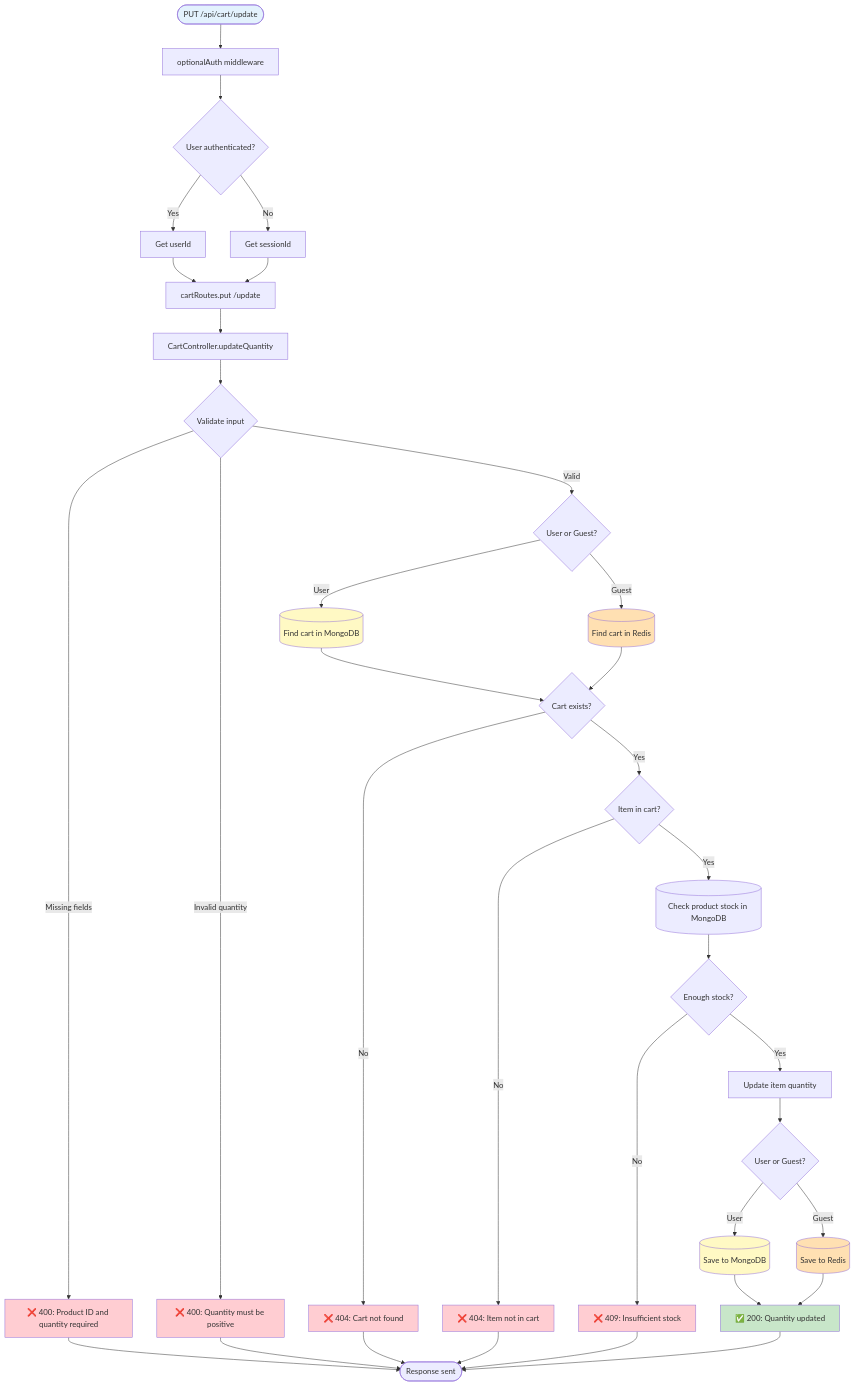
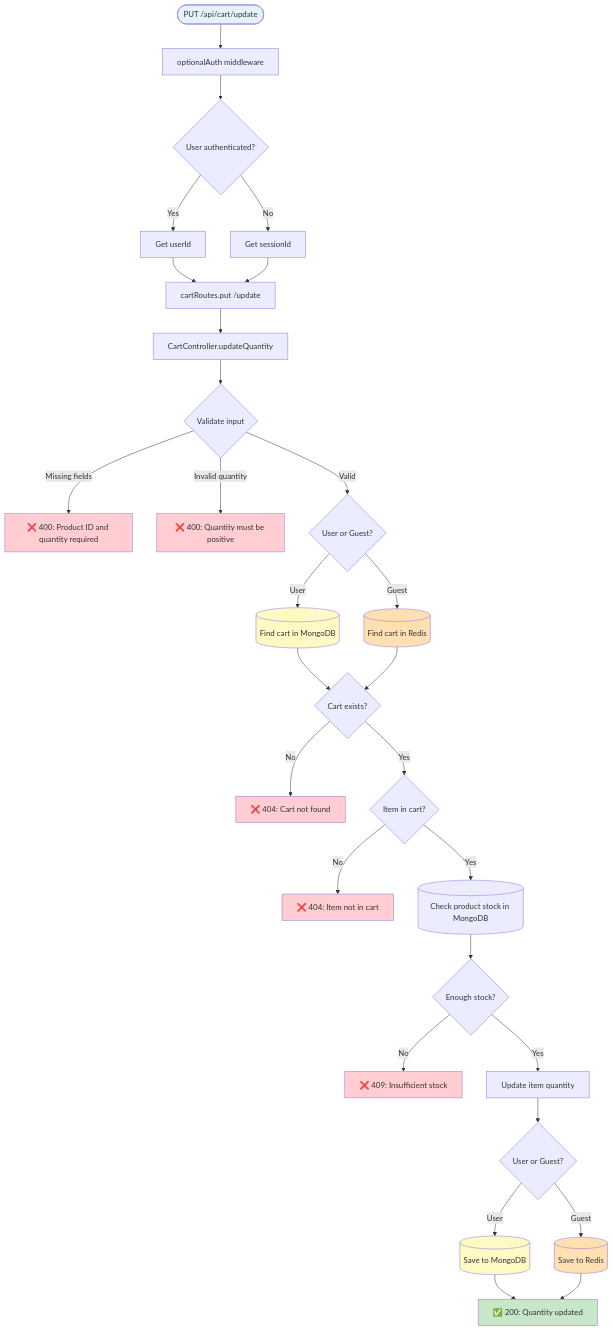
Diagram 12 of 26 in docs/SERVER_ENDPOINTS_MAP.md (shmuelkapiloff/simple-), drawn with Mermaid before and after one commit. The commit also changed other lines of this file, not shown here.

Commit message:
fix: Remove End nodes from flowcharts to fix GitHub Mermaid rendering

````diff
--- a/docs/SERVER_ENDPOINTS_MAP.md
+++ b/docs/SERVER_ENDPOINTS_MAP.md
@@ -673,59 +631,53 @@
 ```mermaid
 flowchart TD
     Request([PUT /api/cart/update]) --> OptionalAuth[optionalAuth middleware]
     OptionalAuth --> CheckAuth{User authenticated?}
     
     CheckAuth -->|Yes| GetUserId[Get userId]
     CheckAuth -->|No| GetSessionId[Get sessionId]
     
     GetUserId --> RouteHandler[cartRoutes.put /update]
     GetSessionId --> RouteHandler
     
     RouteHandler --> Controller[CartController.updateQuantity]
     Controller --> ValidateInput{Validate input}
     ValidateInput -->|Missing fields| Return400["❌ 400: Product ID and quantity required"]
     ValidateInput -->|Invalid quantity| Return400Qty["❌ 400: Quantity must be positive"]
     ValidateInput -->|Valid| ServiceCall{User or Guest?}
     
     ServiceCall -->|User| FindUserCart[(Find cart in MongoDB)]
     ServiceCall -->|Guest| FindGuestCartRedis[(Find cart in Redis)]
     
     FindUserCart --> CartExists{Cart exists?}
     FindGuestCartRedis --> CartExists
     
     CartExists -->|No| Return404["❌ 404: Cart not found"]
     CartExists -->|Yes| FindItem{Item in cart?}
     
     FindItem -->|No| Return404Item["❌ 404: Item not in cart"]
     FindItem -->|Yes| CheckProduct[(Check product stock in MongoDB)]
     
     CheckProduct --> StockSufficient{Enough stock?}
     StockSufficient -->|No| Return409["❌ 409: Insufficient stock"]
     StockSufficient -->|Yes| UpdateQuantity[Update item quantity]
     
     UpdateQuantity --> SaveChanges{User or Guest?}
     SaveChanges -->|User| SaveMongo[(Save to MongoDB)]
     SaveChanges -->|Guest| SaveRedis[(Save to Redis)]
     
     SaveMongo --> Return200["✅ 200: Quantity updated"]
     SaveRedis --> Return200
     
-    Return400 --> End([Response sent])
-    Return400Qty --> End
-    Return404 --> End
-    Return404Item --> End
-    Return409 --> End
-    Return200 --> End
     
     style Request fill:#e3f2fd
     style Return200 fill:#c8e6c9
     style Return400 fill:#ffcdd2
     style Return400Qty fill:#ffcdd2
     style Return404 fill:#ffcdd2
     style Return404Item fill:#ffcdd2
     style Return409 fill:#ffcdd2
     style FindUserCart fill:#fff9c4
     style SaveMongo fill:#fff9c4
     style FindGuestCartRedis fill:#ffe0b2
     style SaveRedis fill:#ffe0b2
 ```
````
